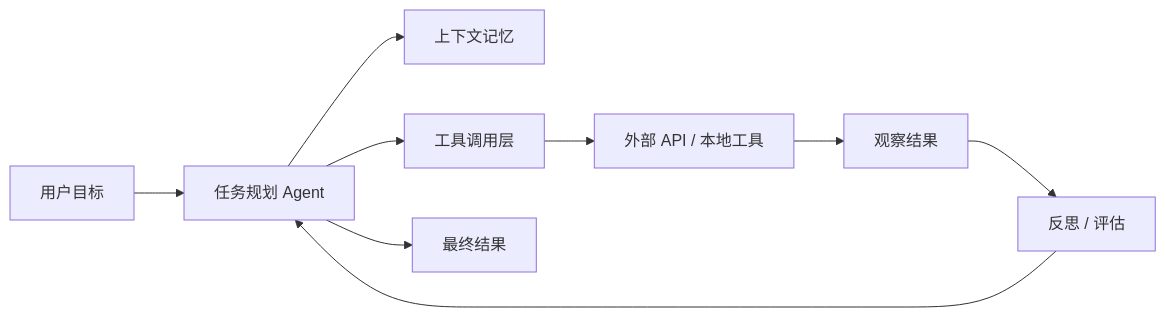
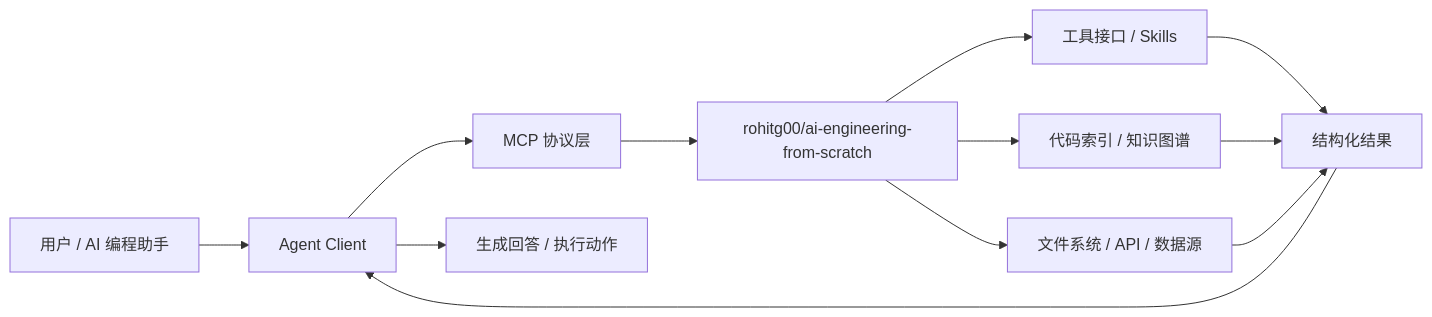
The fourth of 5 diagrams in TRENDING.md (Lingwangla/github_trend), drawn with Mermaid before and after one commit. The commit also changed other lines of this file and 2 other files, not shown here.

````diff
--- a/TRENDING.md
+++ b/TRENDING.md
@@ -149,11 +150,14 @@
 ```mermaid
 flowchart LR
-    User[用户目标] --> Planner[任务规划 Agent]
-    Planner --> Memory[上下文记忆]
-    Planner --> Tools[工具调用层]
-    Tools --> APIs[外部 API / 本地工具]
-    APIs --> Observation[观察结果]
-    Observation --> Critic[反思 / 评估]
-    Critic --> Planner
-    Planner --> Deliverable[最终结果]
+    User[用户 / AI 编程助手] --> Client[Agent Client]
+    Client --> Protocol[MCP 协议层]
+    Protocol --> Server[rohitg00/ai-engineering-from-scratch]
+    Server --> Tools[工具接口 / Skills]
+    Server --> Index[代码索引 / 知识图谱]
+    Server --> Data[文件系统 / API / 数据源]
+    Tools --> Result[结构化结果]
+    Index --> Result
+    Data --> Result
+    Result --> Client
+    Client --> Answer[生成回答 / 执行动作]
 ```
````
